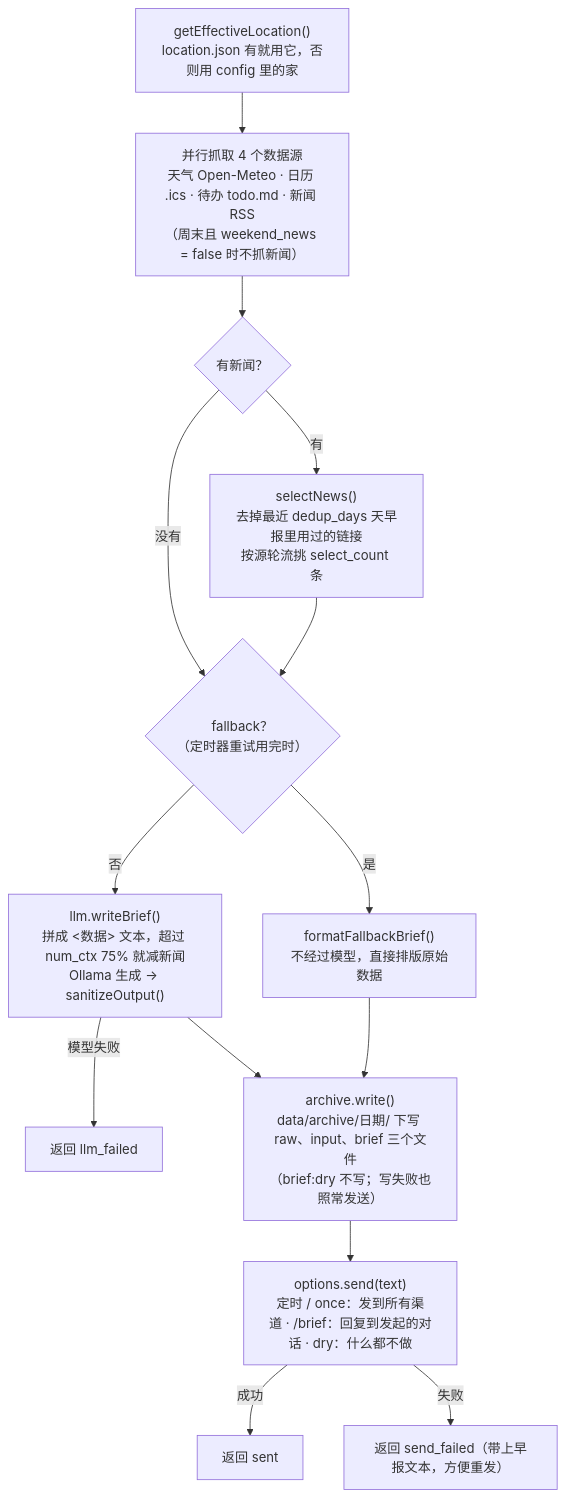
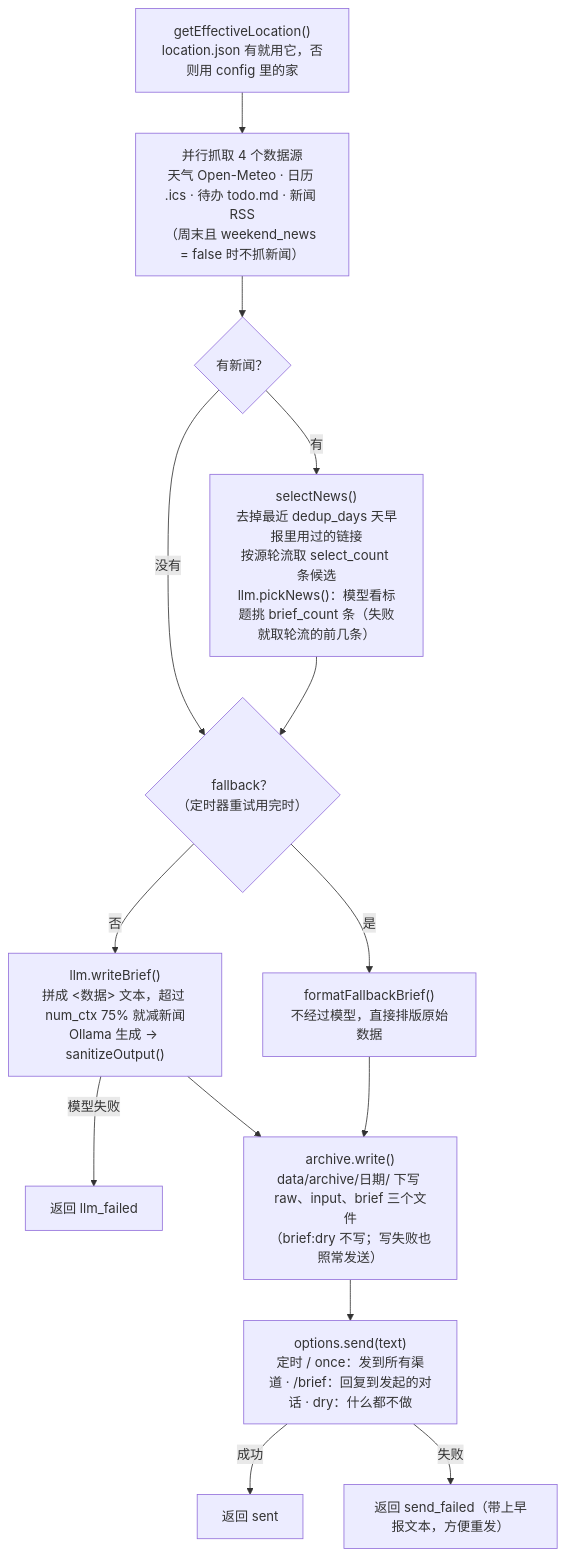
One commit to sschengyf/my-morning-brief changed the third of 7 diagrams in docs/code-flow.md. Above: the diagram before and after it, drawn with Mermaid. The commit also changed 23 other files, not shown here.

First line of the commit message:
Let the model pick the brief's news before writing it

````diff
--- a/docs/code-flow.md
+++ b/docs/code-flow.md
@@ -73,16 +73,16 @@
 ```mermaid
 flowchart TD
     A["getEffectiveLocation()<br/>location.json 有就用它，否则用 config 里的家"] --> B
     B["并行抓取 4 个数据源<br/>天气 Open-Meteo · 日历 .ics · 待办 todo.md · 新闻 RSS<br/>（周末且 weekend_news = false 时不抓新闻）"] --> C
-    C{"有新闻？"} -- 有 --> D["selectNews()<br/>去掉最近 dedup_days 天早报里用过的链接<br/>按源轮流挑 select_count 条"]
+    C{"有新闻？"} -- 有 --> D["selectNews()<br/>去掉最近 dedup_days 天早报里用过的链接<br/>按源轮流取 select_count 条候选<br/>llm.pickNews()：模型看标题挑 brief_count 条（失败就取轮流的前几条）"]
     C -- 没有 --> E
     D --> E{"fallback？<br/>（定时器重试用完时）"}
     E -- 否 --> F["llm.writeBrief()<br/>拼成 #60;数据#62; 文本，超过 num_ctx 75% 就减新闻<br/>Ollama 生成 → sanitizeOutput()"]
     E -- 是 --> G["formatFallbackBrief()<br/>不经过模型，直接排版原始数据"]
     F -- 模型失败 --> X["返回 llm_failed"]
     F --> H
     G --> H["archive.write()<br/>data/archive/日期/ 下写 raw、input、brief 三个文件<br/>（brief:dry 不写；写失败也照常发送）"]
     H --> I["options.send(text)<br/>定时 / once：发到所有渠道 · /brief：回复到发起的对话 · dry：什么都不做"]
     I -- 成功 --> J["返回 sent"]
     I -- 失败 --> K["返回 send_failed（带上早报文本，方便重发）"]
 ```
````
